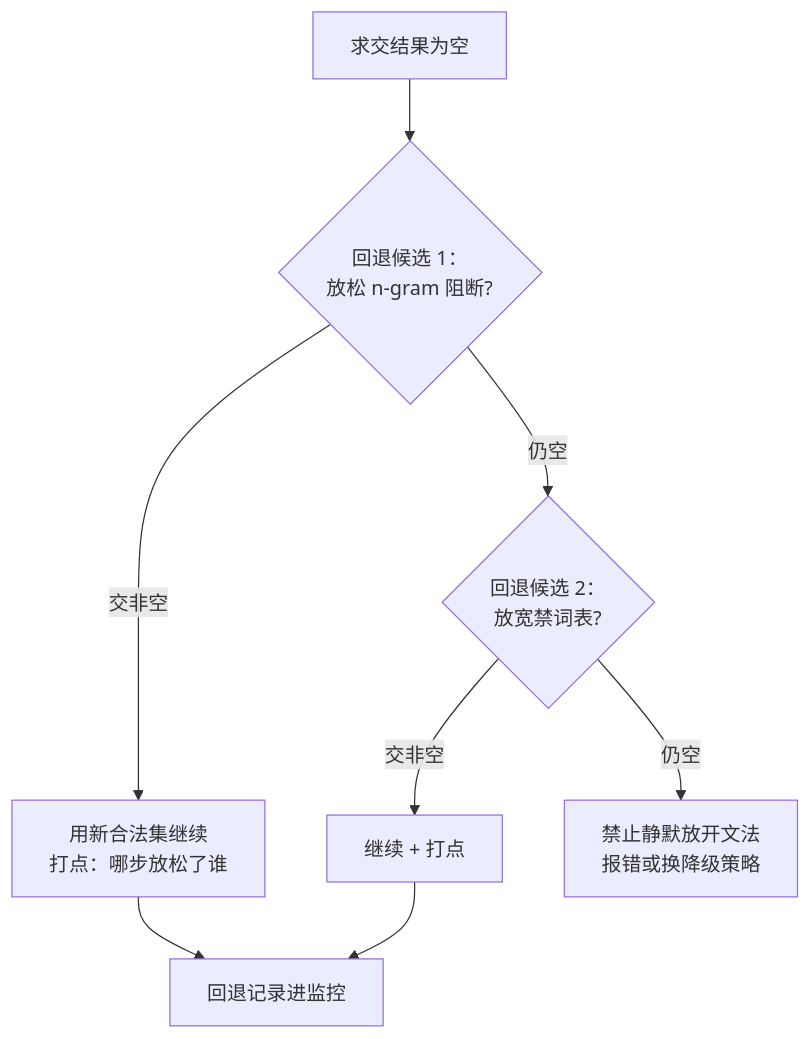
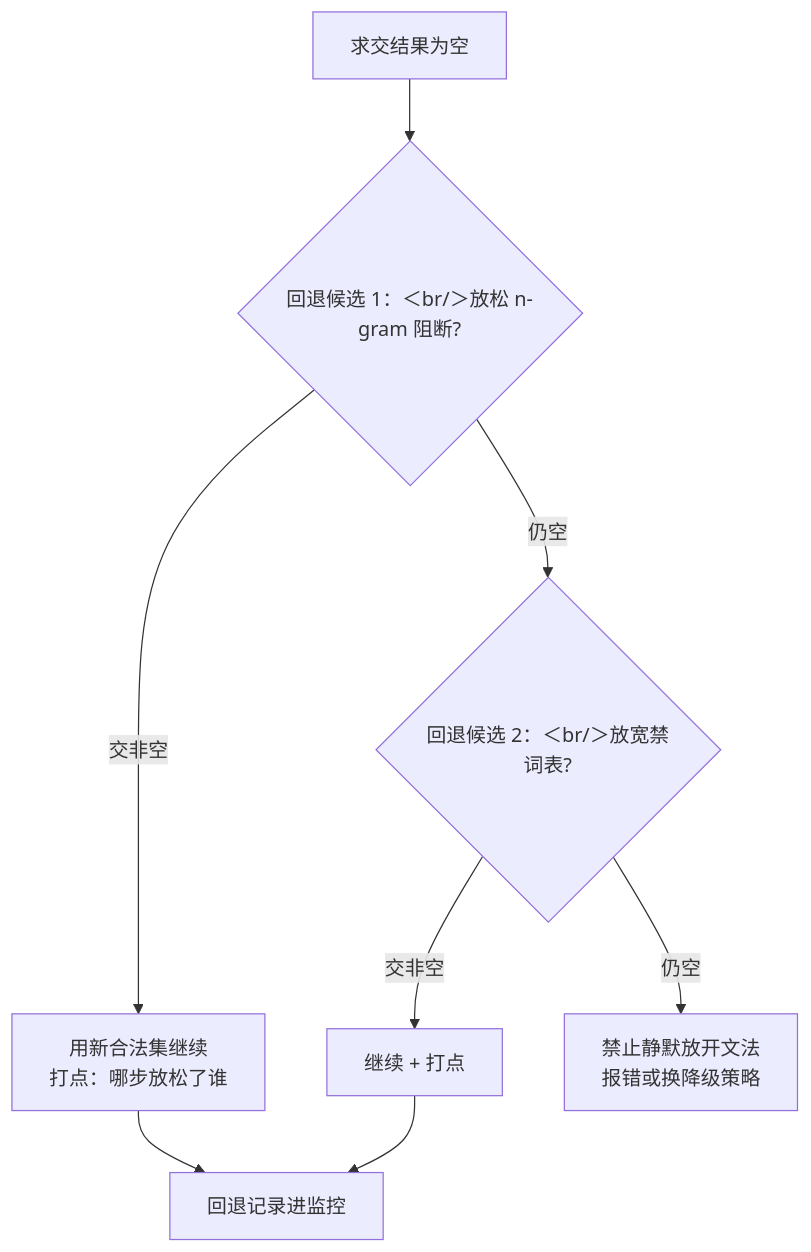
The second of 2 diagrams in docs/llm/dec-multi-constraint.md (xhongduo-tech/xhongduo-tech.github.io), drawn with Mermaid before and after one commit. The commit also changed 291 other files, not shown here.

Commit message:
Normalize lesson titles to tree names and repair mermaid arrow/quote syntax site-wide.

````diff
--- a/docs/llm/dec-multi-constraint.md
+++ b/docs/llm/dec-multi-constraint.md
@@ -57,10 +57,10 @@
 ```mermaid
 flowchart TD
-  E["求交结果为空"] --> C1{"回退候选 1：<br/>放松 n-gram 阻断?"}
+  E["求交结果为空"] --> C1{"回退候选 1：＜br/＞放松 n-gram 阻断?"}
   C1 -->|交非空| OK1["用新合法集继续<br/>打点：哪步放松了谁"]
-  C1 -->|仍空| C2{"回退候选 2：<br/>放宽禁词表?"}
+  C1 -->|仍空| C2{"回退候选 2：＜br/＞放宽禁词表?"}
   C2 -->|交非空| OK2["继续 + 打点"]
   C2 -->|仍空| FAIL["禁止静默放开文法<br/>报错或换降级策略"]
   OK1 --> LOG["回退记录进监控"]
   OK2 --> LOG
 ```
````
